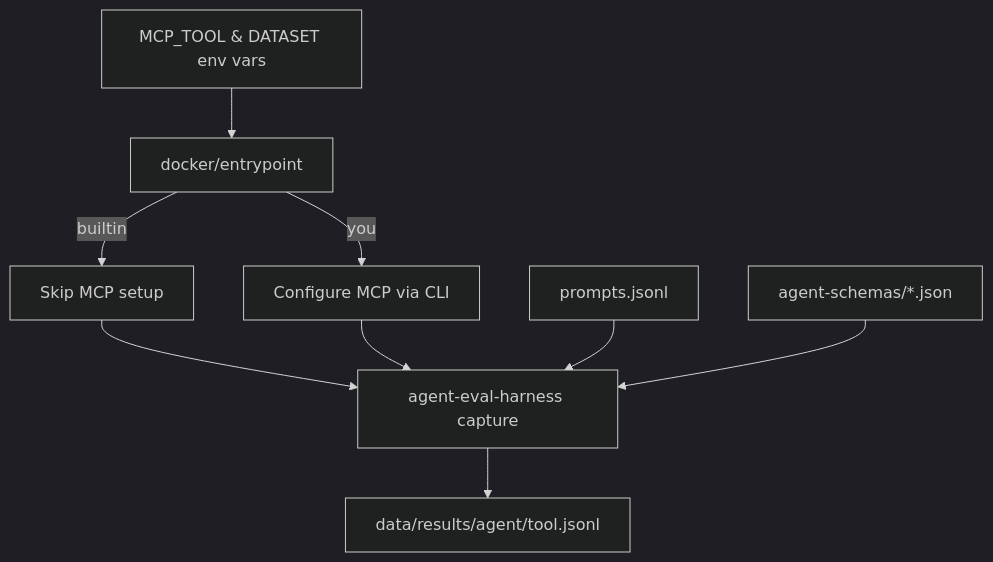
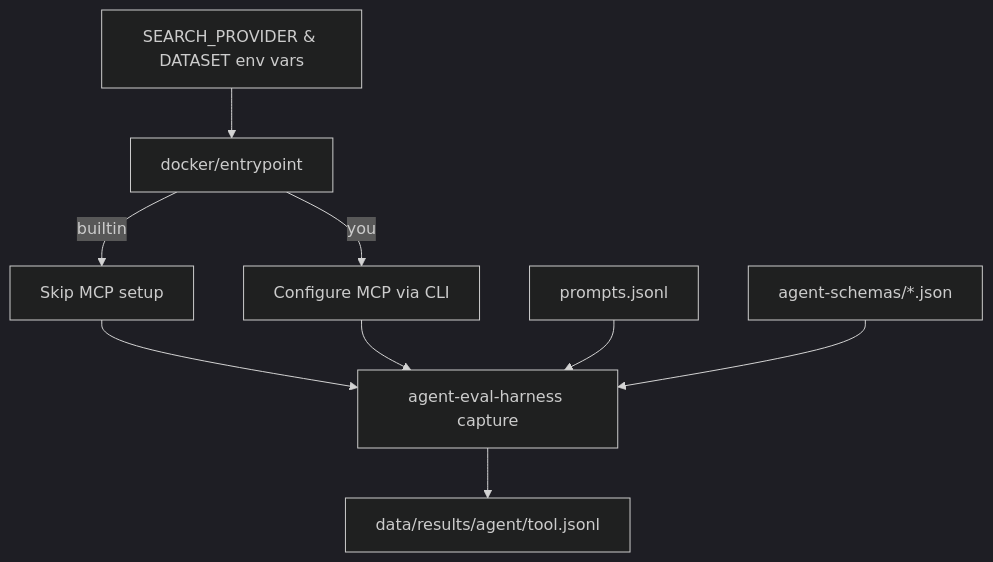
The diagram in README.md (youdotcom-oss/web-search-agent-evals), drawn with Mermaid (dark theme) before and after one commit. The commit also changed other lines of this file and 163 other files, not shown here.

````diff
--- a/README.md
+++ b/README.md
@@ -16,13 +16,13 @@
 ```mermaid
 flowchart TD
-    Env[MCP_TOOL & DATASET env vars] --> Entrypoint[docker/entrypoint]
+    Env[SEARCH_PROVIDER & DATASET env vars] --> Entrypoint[docker/entrypoint]
     Entrypoint -->|builtin| SkipMCP[Skip MCP setup]
     Entrypoint -->|you| ConfigMCP[Configure MCP via CLI]
 
     SkipMCP --> Harness[agent-eval-harness capture]
     ConfigMCP --> Harness
 
     Prompts[prompts.jsonl] --> Harness
     Schemas[agent-schemas/*.json] --> Harness
     Harness --> Results[data/results/agent/tool.jsonl]
 ```
````
